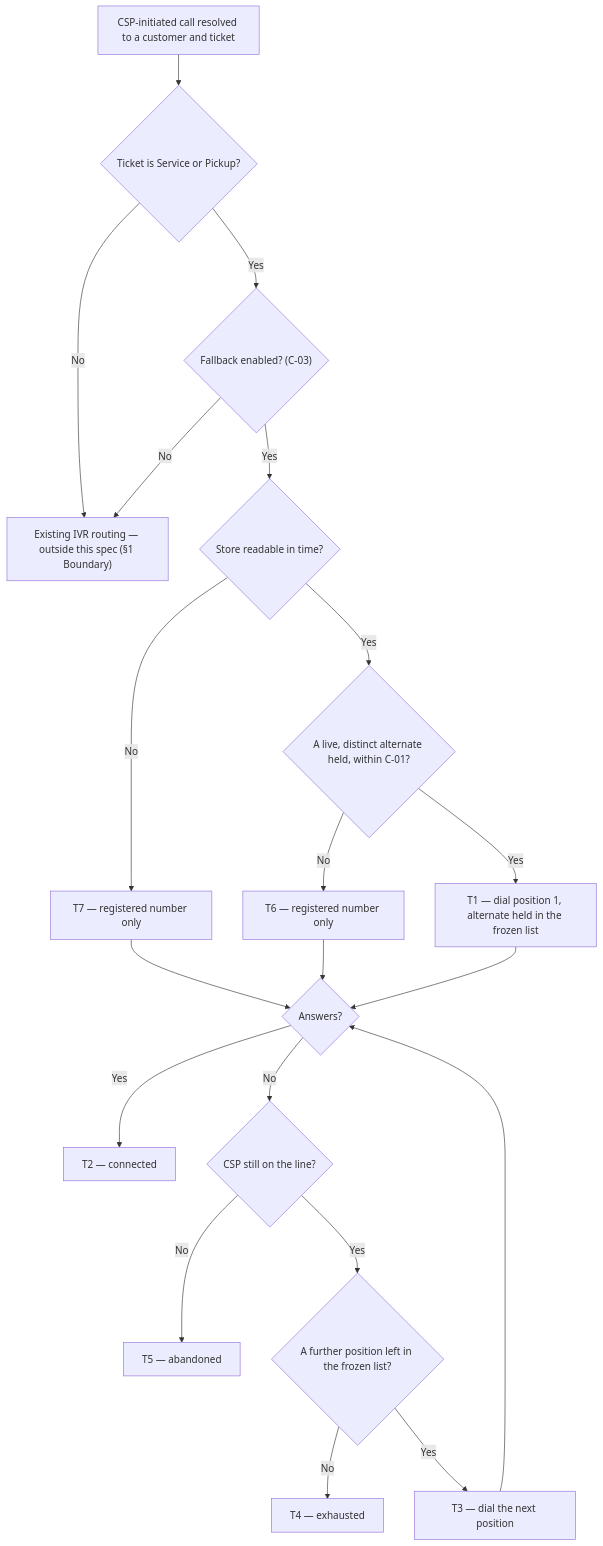
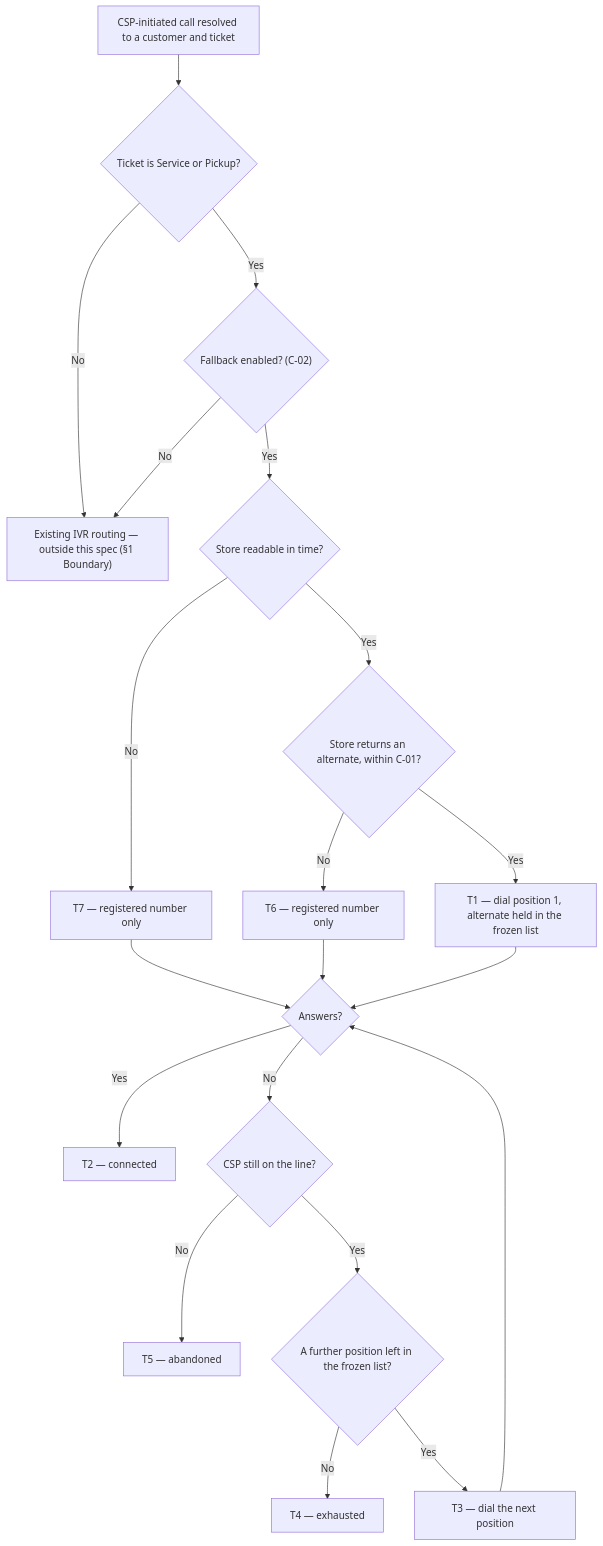
The diagram in IVR_Alternate_Number_PRD.md (ashish-raj-wiom/ivr-alternate-number), drawn with Mermaid before and after one commit. The commit also changed other lines of this file and 2 other files, not shown here.

First line of the commit message:
v2.1 — drop C-02 expiry and the dedupe rule; both were the store's job

````diff
--- a/IVR_Alternate_Number_PRD.md
+++ b/IVR_Alternate_Number_PRD.md
@@ -76,22 +71,22 @@
 ```mermaid
 flowchart TD
     A["CSP-initiated call resolved to a customer and ticket"] --> B{"Ticket is Service or Pickup?"}
     B -- "No" --> C["Existing IVR routing — outside this spec (§1 Boundary)"]
-    B -- "Yes" --> D{"Fallback enabled? (C-03)"}
+    B -- "Yes" --> D{"Fallback enabled? (C-02)"}
     D -- "No" --> C
     D -- "Yes" --> E{"Store readable in time?"}
     E -- "No" --> F["T7 — registered number only"]
-    E -- "Yes" --> G{"A live, distinct alternate held, within C-01?"}
+    E -- "Yes" --> G{"Store returns an alternate, within C-01?"}
     G -- "No" --> H["T6 — registered number only"]
     G -- "Yes" --> I["T1 — dial position 1, alternate held in the frozen list"]
     F --> J{"Answers?"}
     H --> J
     I --> J
     J -- "Yes" --> K["T2 — connected"]
     J -- "No" --> L{"CSP still on the line?"}
     L -- "No" --> M["T5 — abandoned"]
     L -- "Yes" --> N{"A further position left in the frozen list?"}
     N -- "No" --> O["T4 — exhausted"]
     N -- "Yes" --> P["T3 — dial the next position"]
     P --> J
 ```
````
